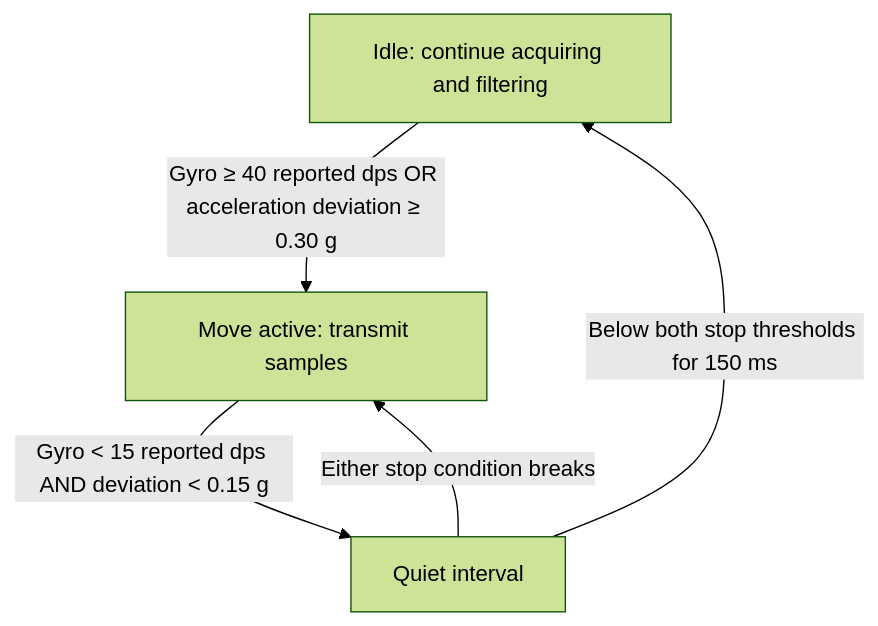
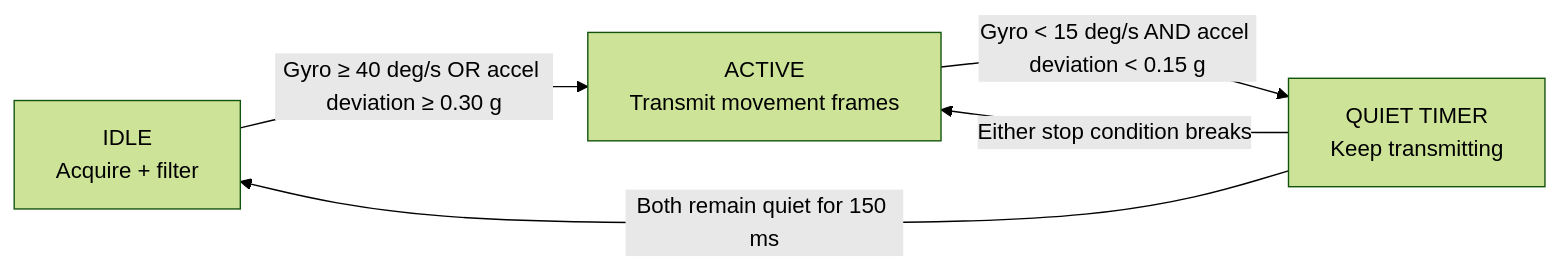
Before and after one commit to danielkwan2004/CG4002_final_project: the second of 2 diagrams in Hardware_Video_Package/Hardware_Presentation.md, drawn with Mermaid (forest theme). The commit also changed other lines of this file and 79 other files, not shown here.

````diff
--- a/Hardware_Video_Package/Hardware_Presentation.md
+++ b/Hardware_Video_Package/Hardware_Presentation.md
@@ -163,7 +130,7 @@
 ```mermaid
-flowchart TD
-    I["Idle: continue acquiring and filtering"] -->|"Gyro ≥ 40 reported dps OR acceleration deviation ≥ 0.30 g"| M["Move active: transmit samples"]
-    M -->|"Gyro < 15 reported dps AND deviation < 0.15 g"| Q["Quiet interval"]
-    Q -->|"Below both stop thresholds for 150 ms"| I
-    Q -->|"Either stop condition breaks"| M
+flowchart LR
+    I["IDLE<br/>Acquire + filter"] -->|"Gyro ≥ 40 deg/s OR accel deviation ≥ 0.30 g"| A["ACTIVE<br/>Transmit movement frames"]
+    A -->|"Gyro < 15 deg/s AND accel deviation < 0.15 g"| Q["QUIET TIMER<br/>Keep transmitting"]
+    Q -->|"Either stop condition breaks"| A
+    Q -->|"Both remain quiet for 150 ms"| I
 ```
````
